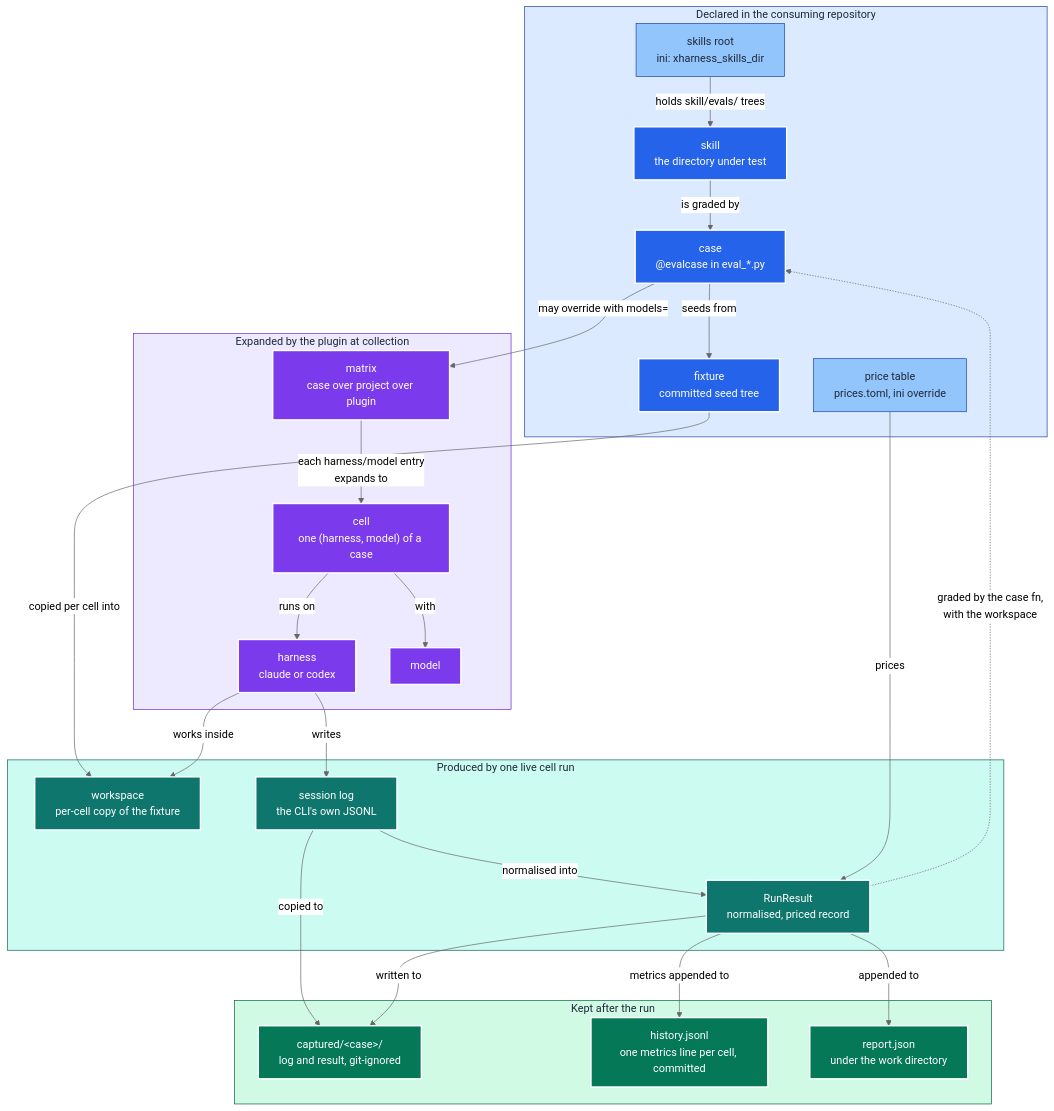
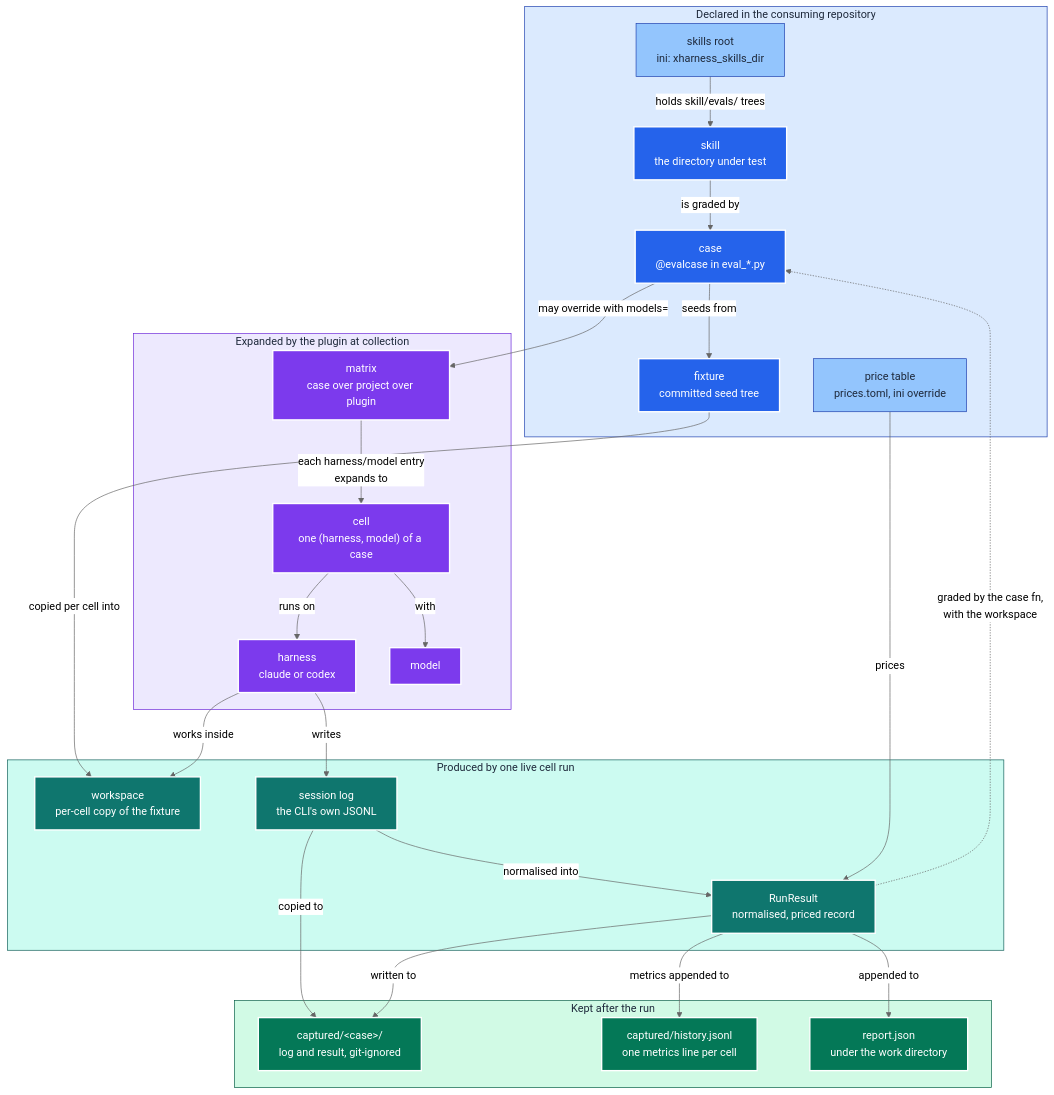
One commit to neozenith/pytest-xharness-eval changed the third of 3 diagrams in ARCHITECTURE.md. Above: the diagram before and after it, drawn with Mermaid (neutral theme). The commit also changed other lines of this file and 8 other files, not shown here.

First line of the commit message:
release: v0.1.1 — history.jsonl lives under captured/ and is not version-controlled

````diff
--- a/ARCHITECTURE.md
+++ b/ARCHITECTURE.md
@@ -187,61 +187,61 @@
 ```mermaid
 flowchart TB
     subgraph declared["Declared in the consuming repository"]
         ROOT["skills root<br/>ini: xharness_skills_dir"]:::cfg
         SKILL["skill<br/>the directory under test"]:::declare
         CASE["case<br/>@evalcase in eval_*.py"]:::declare
         FIX["fixture<br/>committed seed tree"]:::declare
         PRICES["price table<br/>prices.toml, ini override"]:::cfg
     end
 
     subgraph expanded["Expanded by the plugin at collection"]
         MATRIX["matrix<br/>case over project over plugin"]:::plan
         CELL["cell<br/>one (harness, model) of a case"]:::plan
         HARNESS["harness<br/>claude or codex"]:::plan
         MODEL["model"]:::plan
     end
 
     subgraph produced["Produced by one live cell run"]
         WS["workspace<br/>per-cell copy of the fixture"]:::data
         LOG["session log<br/>the CLI's own JSONL"]:::data
         RR["RunResult<br/>normalised, priced record"]:::data
     end
 
     subgraph kept["Kept after the run"]
         CAP["captured/&lt;case&gt;/<br/>log and result, git-ignored"]:::out
-        HIST["history.jsonl<br/>one metrics line per cell, committed"]:::out
+        HIST["captured/history.jsonl<br/>one metrics line per cell"]:::out
         REP["report.json<br/>under the work directory"]:::out
     end
 
     ROOT -->|"holds skill/evals/ trees"| SKILL
     SKILL -->|"is graded by"| CASE
     CASE -->|"seeds from"| FIX
     CASE -->|"may override with models="| MATRIX
     MATRIX -->|"each harness/model entry<br/>expands to"| CELL
     CELL -->|"runs on"| HARNESS
     CELL -->|"with"| MODEL
     FIX -->|"copied per cell into"| WS
     HARNESS -->|"works inside"| WS
     HARNESS -->|"writes"| LOG
     LOG -->|"normalised into"| RR
     PRICES -->|"prices"| RR
     RR -.->|"graded by the case fn,<br/>with the workspace"| CASE
     LOG -->|"copied to"| CAP
     RR -->|"written to"| CAP
     RR -->|"metrics appended to"| HIST
     RR -->|"appended to"| REP
 
     classDef declare fill:#2563eb,stroke:#fff,color:#fff,stroke-width:2px
     classDef cfg     fill:#93c5fd,stroke:#1e40af,color:#1e293b,stroke-width:1px
     classDef plan    fill:#7c3aed,stroke:#fff,color:#fff,stroke-width:2px
     classDef data    fill:#0f766e,stroke:#fff,color:#fff,stroke-width:2px
     classDef out     fill:#047857,stroke:#fff,color:#fff,stroke-width:2px
     classDef sgDeclare  fill:#dbeafe,stroke:#1e40af,color:#1e293b
     classDef sgExpand   fill:#ede9fe,stroke:#6d28d9,color:#1e293b
     classDef sgProduced fill:#ccfbf1,stroke:#115e59,color:#1e293b
     classDef sgKept     fill:#d1fae5,stroke:#065f46,color:#1e293b
     class declared sgDeclare
     class expanded sgExpand
     class produced sgProduced
     class kept sgKept
 ```
````
